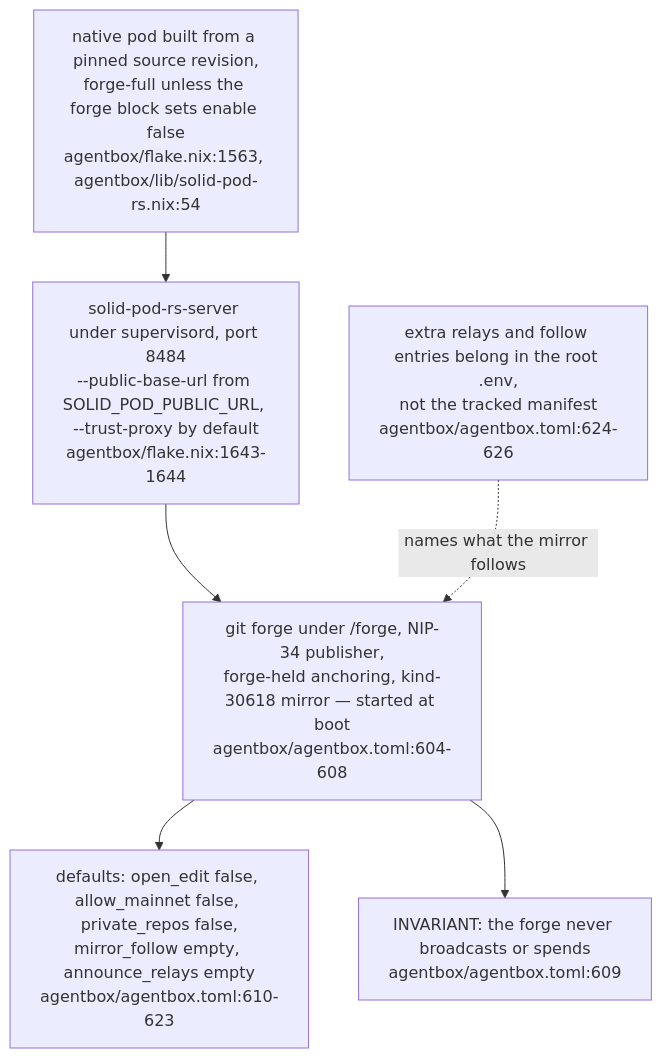
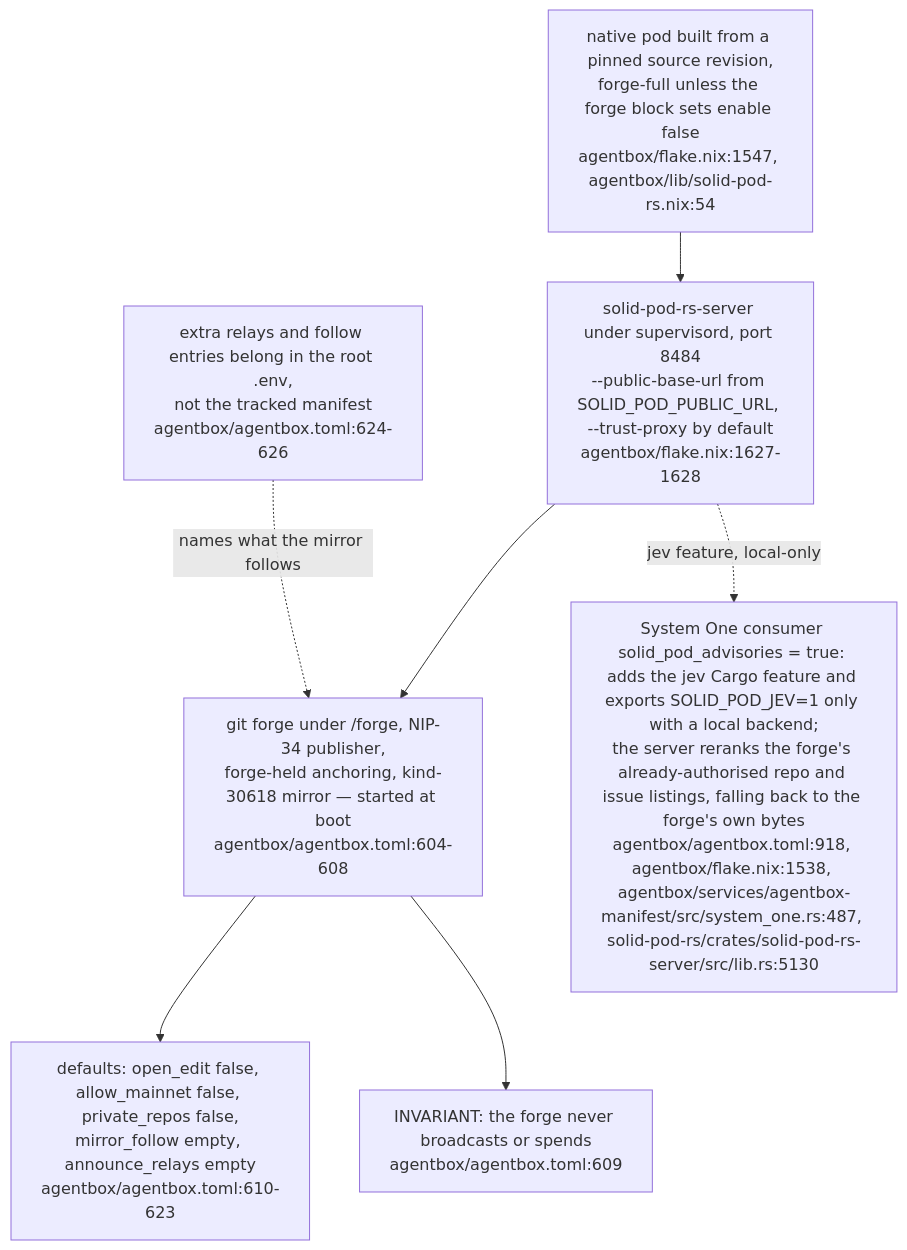
One commit to DreamLab-AI/VisionFlow changed diagram 13 of 13 in docs/diagrams/estate/08-solid-pod-estate.md. Above: the diagram before and after it, drawn with Mermaid. The commit also changed other lines of this file and 145 other files, not shown here.

````diff
--- a/docs/diagrams/estate/08-solid-pod-estate.md
+++ b/docs/diagrams/estate/08-solid-pod-estate.md
@@ -525,13 +527,15 @@
 ```mermaid
 flowchart TB
-    PIN["native pod built from a pinned source revision,<br/>forge-full unless the forge block sets enable false<br/>agentbox/flake.nix:1563, agentbox/lib/solid-pod-rs.nix:54"]
-    SRV["solid-pod-rs-server under supervisord, port 8484<br/>--public-base-url from SOLID_POD_PUBLIC_URL, --trust-proxy by default<br/>agentbox/flake.nix:1643-1644"]
+    PIN["native pod built from a pinned source revision,<br/>forge-full unless the forge block sets enable false<br/>agentbox/flake.nix:1547, agentbox/lib/solid-pod-rs.nix:54"]
+    SRV["solid-pod-rs-server under supervisord, port 8484<br/>--public-base-url from SOLID_POD_PUBLIC_URL, --trust-proxy by default<br/>agentbox/flake.nix:1627-1628"]
     FORGE["git forge under /forge, NIP-34 publisher,<br/>forge-held anchoring, kind-30618 mirror — started at boot<br/>agentbox/agentbox.toml:604-608"]
     OFF["defaults: open_edit false, allow_mainnet false, private_repos false,<br/>mirror_follow empty, announce_relays empty<br/>agentbox/agentbox.toml:610-623"]
+    JEV["System One consumer solid_pod_advisories = true: adds the jev Cargo feature and exports SOLID_POD_JEV=1 only with a local backend;<br/>the server reranks the forge's already-authorised repo and issue listings, falling back to the forge's own bytes<br/>agentbox/agentbox.toml:918, agentbox/flake.nix:1538, agentbox/services/agentbox-manifest/src/system_one.rs:487, solid-pod-rs/crates/solid-pod-rs-server/src/lib.rs:5130"]
     ENV["extra relays and follow entries belong in the root .env,<br/>not the tracked manifest<br/>agentbox/agentbox.toml:624-626"]
     PIN --> SRV --> FORGE
     FORGE --> OFF
+    SRV -.->|"jev feature, local-only"| JEV
     ENV -.->|"names what the mirror follows"| FORGE
     NOANCHOR["INVARIANT: the forge never broadcasts or spends<br/>agentbox/agentbox.toml:609"]
     FORGE --> NOANCHOR
 ```
````
